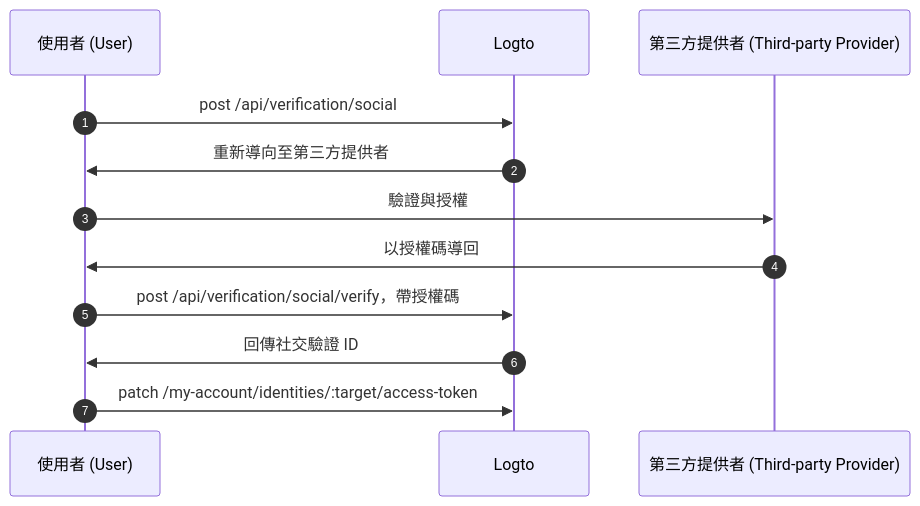
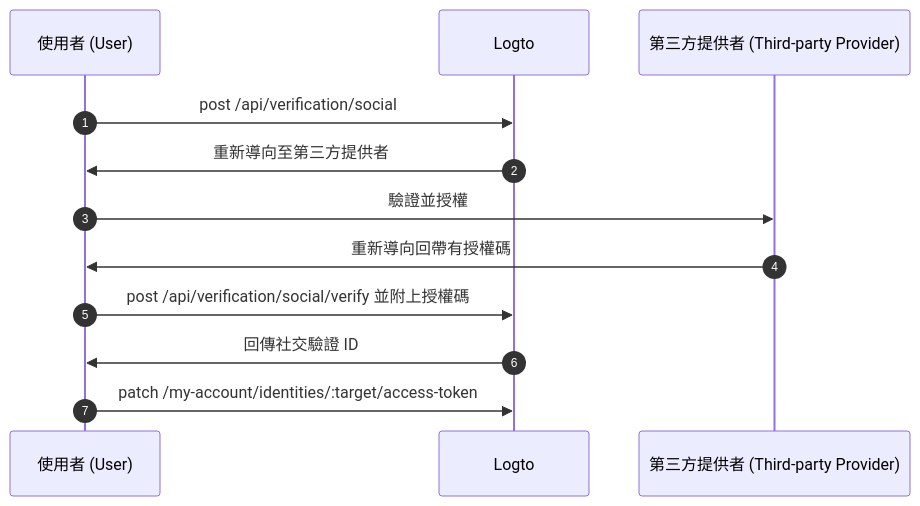
Before and after one commit to logto-io/docs: the diagram in i18n/zh-TW/docusaurus-plugin-content-docs/current/secret-vault/federated-token-set.mdx, drawn with Mermaid. The commit also changed other lines of this file and 129 other files, not shown here.

````diff
--- a/i18n/zh-TW/docusaurus-plugin-content-docs/current/secret-vault/federated-token-set.mdx
+++ b/i18n/zh-TW/docusaurus-plugin-content-docs/current/secret-vault/federated-token-set.mdx
@@ -146,16 +146,16 @@
 ```mermaid
 sequenceDiagram
     autonumber
 
     participant User as 使用者 (User)
     participant Logto as Logto
     participant Provider as 第三方提供者 (Third-party Provider)
 
     User->>Logto: post /api/verification/social
     Logto->>User: 重新導向至第三方提供者
-    User->>Provider: 驗證與授權
-    Provider->>User: 以授權碼導回
-    User->>Logto: post /api/verification/social/verify，帶授權碼
+    User->>Provider: 驗證並授權
+    Provider->>User: 重新導向回帶有授權碼
+    User->>Logto: post /api/verification/social/verify 並附上授權碼
     Logto->>User: 回傳社交驗證 ID
     User->>Logto: patch /my-account/identities/:target/access-token
 ```
````
